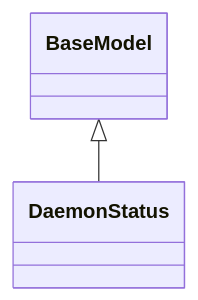
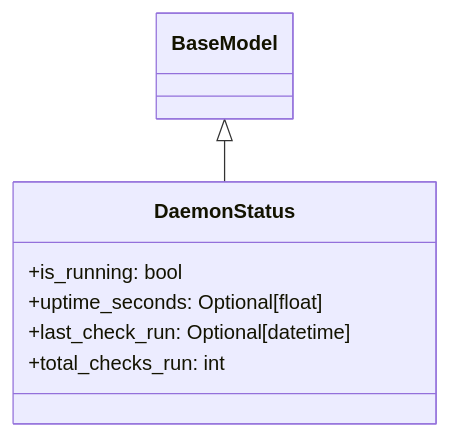
The second of 15 diagrams in design/autocode/api/models_items.md (Brunvelop/autocode), drawn with Mermaid before and after one commit. The commit also changed other lines of this file and 8 other files, not shown here.

````diff
--- a/design/autocode/api/models_items.md
+++ b/design/autocode/api/models_items.md
@@ -33,7 +39,11 @@
 ```mermaid
 classDiagram
     class DaemonStatus {
+        +is_running: bool
+        +uptime_seconds: Optional[float]
+        +last_check_run: Optional[datetime]
+        +total_checks_run: int
     }
     BaseModel <|-- DaemonStatus
 
 ```
````
